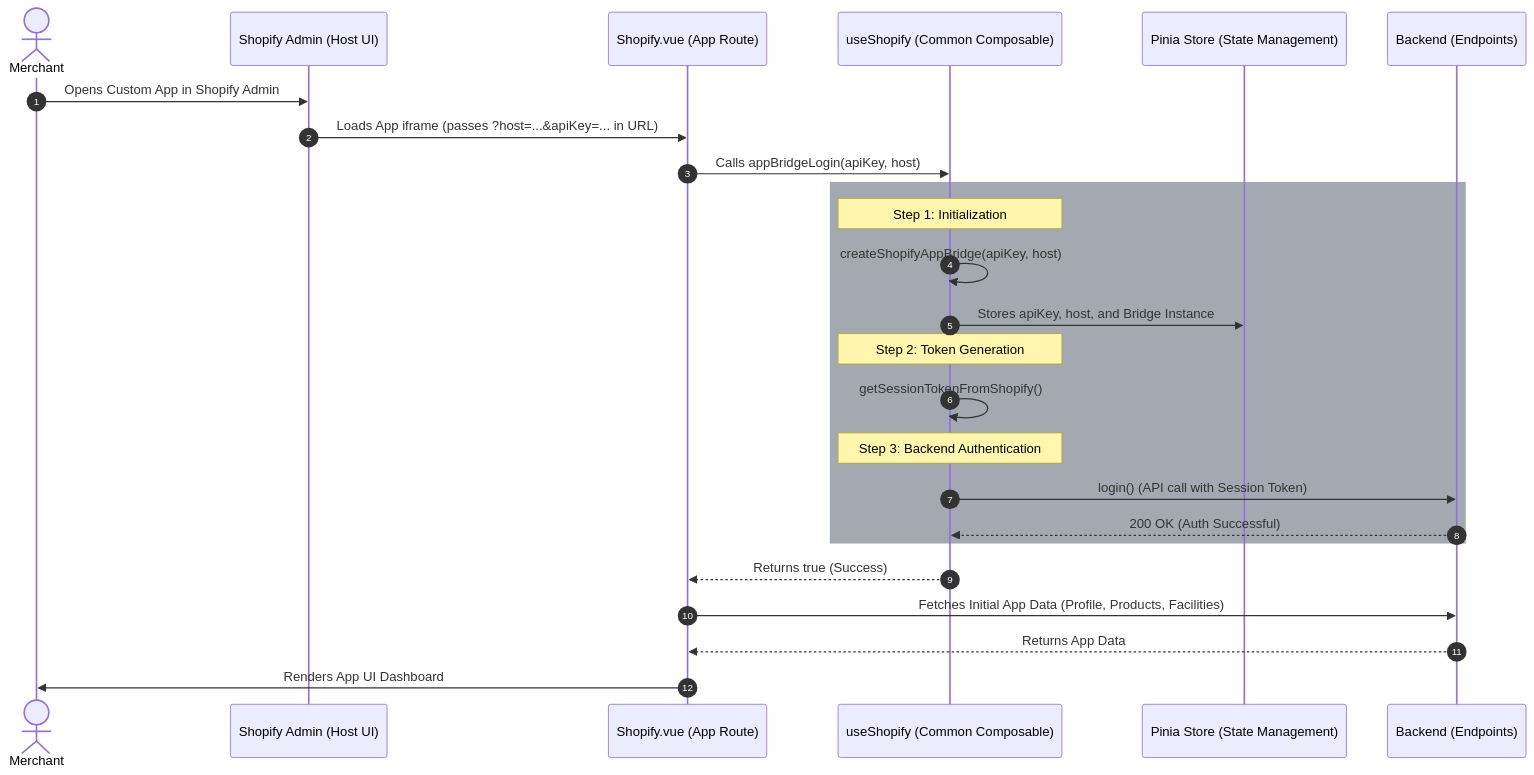
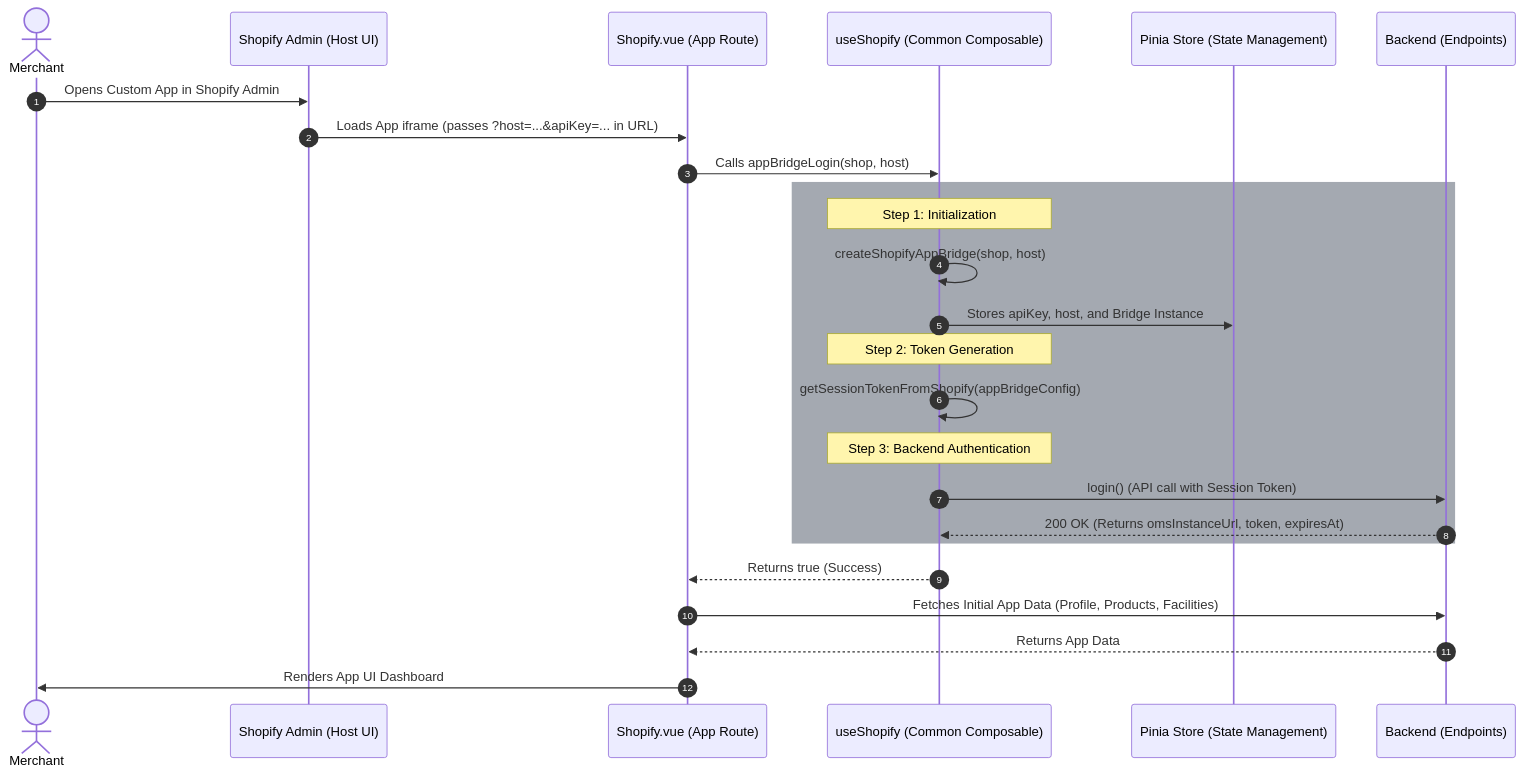
The diagram in docs/shopify-embedded-apps.md (hotwax/accxui), drawn with Mermaid before and after one commit. The commit also changed other lines of this file, not shown here.

Commit message:
Changed: Updated use shopify's function specifications

````diff
--- a/docs/shopify-embedded-apps.md
+++ b/docs/shopify-embedded-apps.md
@@ -9,32 +9,32 @@
 ```mermaid
 sequenceDiagram
     autonumber
     actor Merchant
     participant Shopify as Shopify Admin (Host UI)
     participant Page as Shopify.vue (App Route)
     participant Composable as useShopify (Common Composable)
     participant Store as Pinia Store (State Management)
     participant API as Backend (Endpoints)
 
     Merchant->>Shopify: Opens Custom App in Shopify Admin
     Shopify->>Page: Loads App iframe (passes ?host=...&apiKey=... in URL)
-    Page->>Composable: Calls appBridgeLogin(apiKey, host)
+    Page->>Composable: Calls appBridgeLogin(shop, host)
     
     rect rgba(164, 169, 177, 1)
     Note over Composable: Step 1: Initialization
-    Composable->>Composable: createShopifyAppBridge(apiKey, host)
+    Composable->>Composable: createShopifyAppBridge(shop, host)
     Composable->>Store: Stores apiKey, host, and Bridge Instance
     
     Note over Composable: Step 2: Token Generation
-    Composable->>Composable: getSessionTokenFromShopify()
+    Composable->>Composable: getSessionTokenFromShopify(appBridgeConfig)
     
     Note over Composable: Step 3: Backend Authentication
     Composable->>API: login() (API call with Session Token)
-    API-->>Composable: 200 OK (Auth Successful)
+    API-->>Composable: 200 OK (Returns omsInstanceUrl, token, expiresAt)
     end
     
     Composable-->>Page: Returns true (Success)
     Page->>API: Fetches Initial App Data (Profile, Products, Facilities)
     API-->>Page: Returns App Data
     Page->>Merchant: Renders App UI Dashboard
 ```
````
